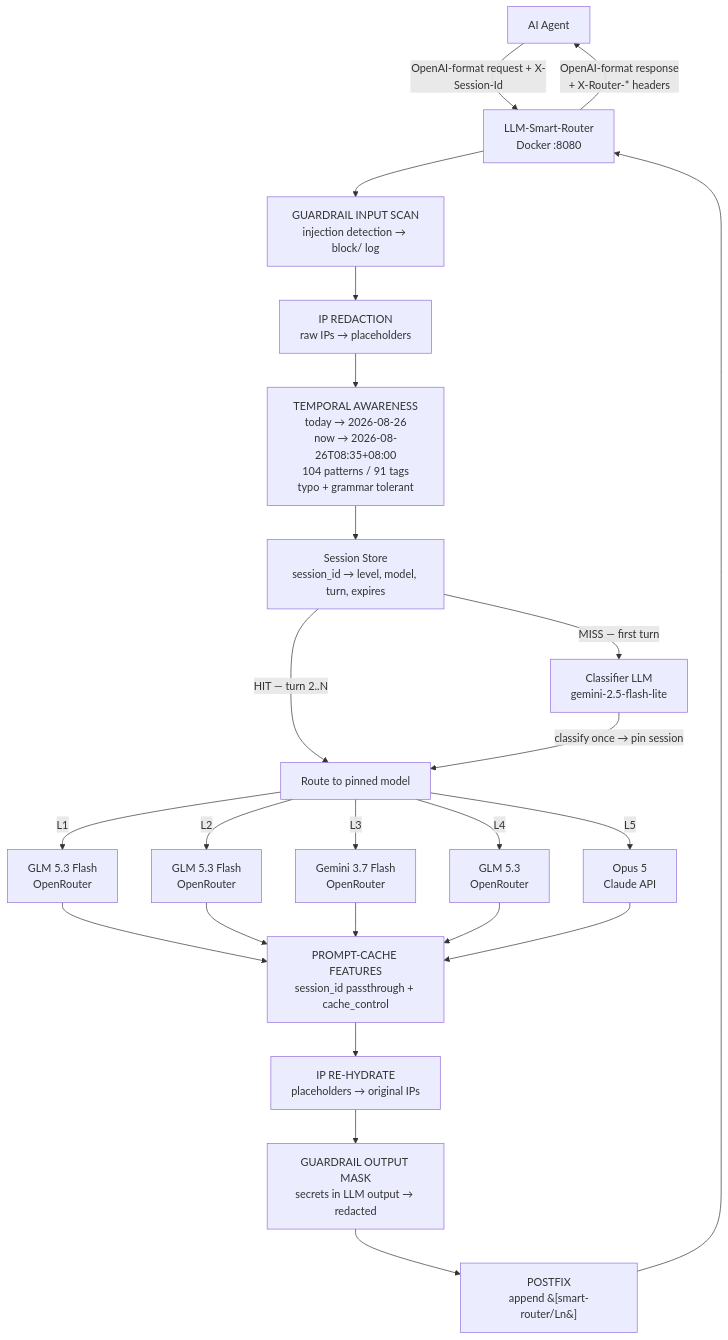
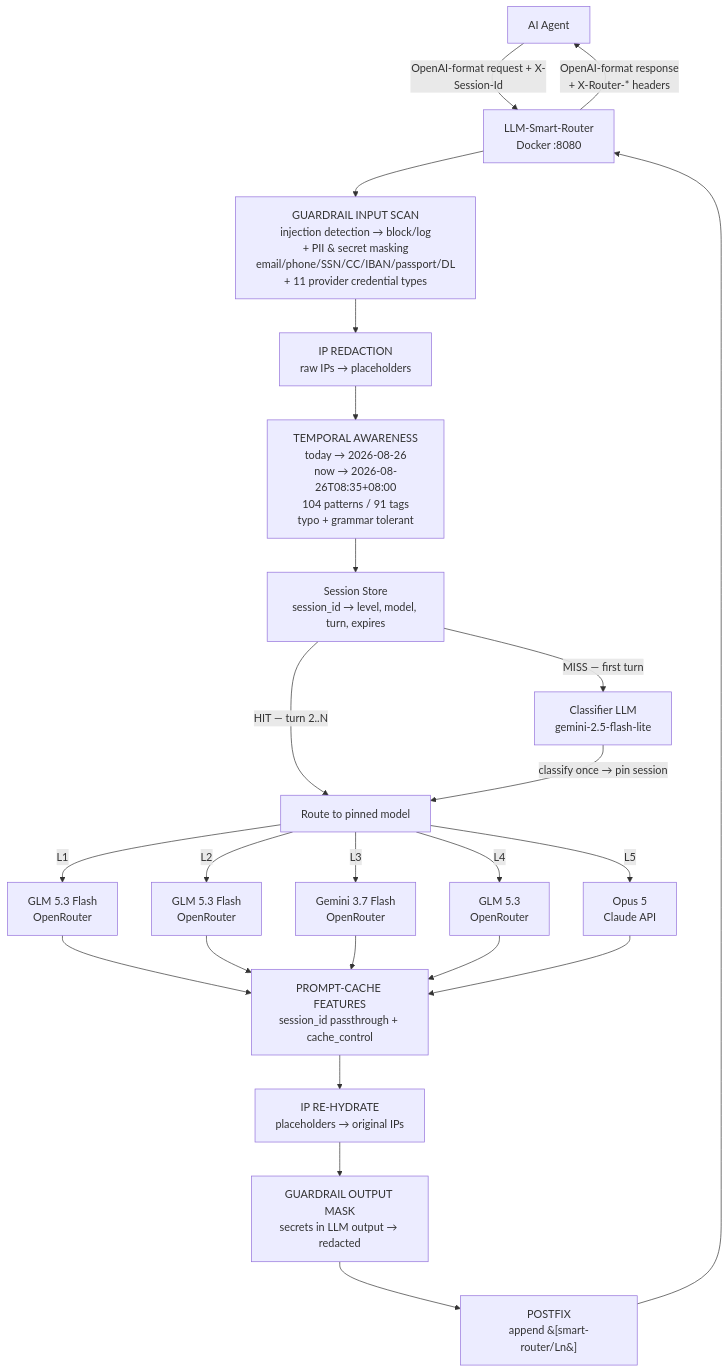
Before and after one commit to Green-Needle-Tech/llm-smart-router: the first of 2 diagrams in llm-smart-router-spec.md, drawn with Mermaid. The commit also changed other lines of this file and 1 other file, not shown here.

First line of the commit message:
docs: update README and spec for v2.15.0 (input PII & secret masking)

````diff
--- a/llm-smart-router-spec.md
+++ b/llm-smart-router-spec.md
@@ -40,30 +40,30 @@
 ```mermaid
 flowchart TD
     A[AI Agent] -->|"OpenAI-format request + X-Session-Id"| B["LLM-Smart-Router<br/>Docker :8080"]
     B -->|"OpenAI-format response<br/>+ X-Router-* headers"| A
-    B --> G["GUARDRAIL INPUT SCAN<br/>injection detection → block/ log"]
+    B --> G["GUARDRAIL INPUT SCAN<br/>injection detection → block/log<br/>+ PII & secret masking<br/>email/phone/SSN/CC/IBAN/passport/DL<br/>+ 11 provider credential types"]
     G --> P["IP REDACTION<br/>raw IPs → placeholders"]
     P --> P2T["TEMPORAL AWARENESS\ntoday → 2026-08-26\nnow → 2026-08-26T08:35+08:00\n104 patterns / 91 tags\ntypo + grammar tolerant"]
     P2T --> S["Session Store<br/>session_id → level, model, turn, expires"]
 
     S -->|"MISS — first turn"| C["Classifier LLM<br/>gemini-2.5-flash-lite"]
     S -->|"HIT — turn 2..N"| R["Route to pinned model"]
 
     C -->|"classify once → pin session"| R
 
     R -->|"L1"| M1["GLM 5.3 Flash<br/>OpenRouter"]
     R -->|"L2"| M2["GLM 5.3 Flash<br/>OpenRouter"]
     R -->|"L3"| M3["Gemini 3.7 Flash<br/>OpenRouter"]
     R -->|"L4"| M4["GLM 5.3<br/>OpenRouter"]
     R -->|"L5"| M5["Opus 5<br/>Claude API"]
 
     M1 --> PC["PROMPT-CACHE FEATURES<br/>session_id passthrough + cache_control"]
     M2 --> PC
     M3 --> PC
     M4 --> PC
     M5 --> PC
     PC --> RH["IP RE-HYDRATE<br/>placeholders → original IPs"]
     RH --> OM["GUARDRAIL OUTPUT MASK<br/>secrets in LLM output → redacted"]
     OM --> PF["POSTFIX<br/>append &#91;smart-router/Ln&#93;"]
     PF --> B
 ```
````
